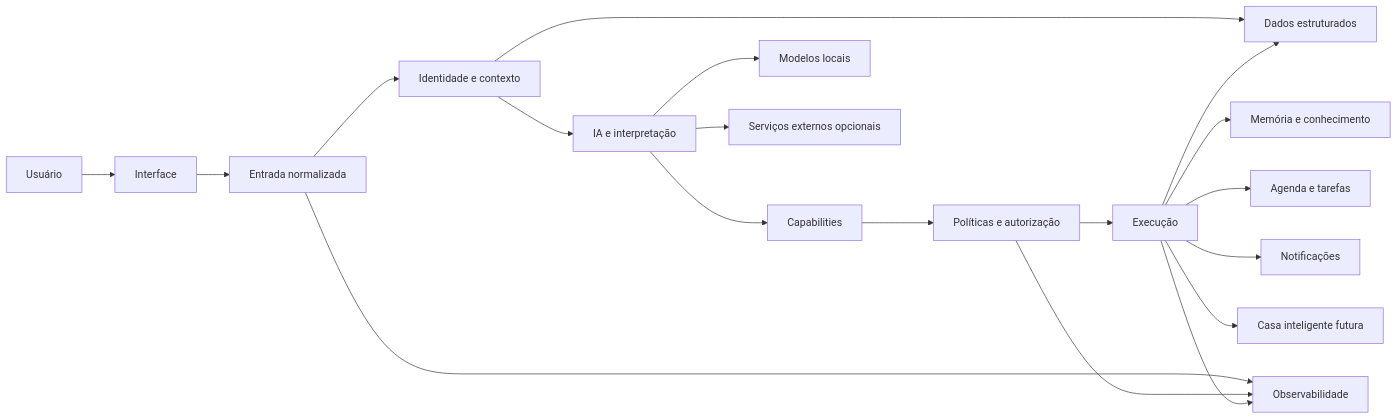
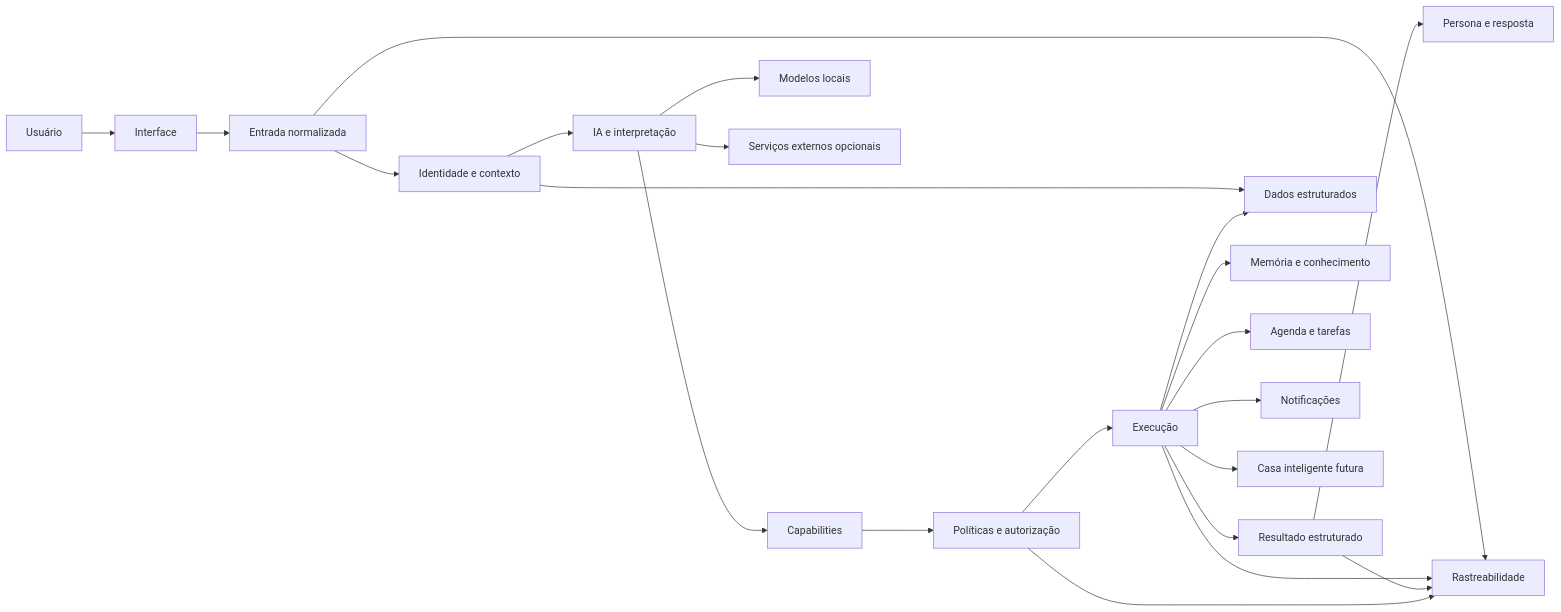
The diagram in docs/ARCHITECTURE.md (Pedro-Facundo/Runa), drawn with Mermaid before and after one commit. The commit also changed other lines of this file and 5 other files, not shown here.

````diff
--- a/docs/ARCHITECTURE.md
+++ b/docs/ARCHITECTURE.md
@@ -9,24 +9,27 @@
 ```mermaid
 flowchart LR
     U[Usuário] --> I[Interface]
     I --> N[Entrada normalizada]
     N --> C[Identidade e contexto]
     C --> AI[IA e interpretação]
     AI --> CAP[Capabilities]
     CAP --> POL[Políticas e autorização]
     POL --> AUTO[Execução]
+    AUTO --> RES[Resultado estruturado]
+    RES --> PER[Persona e resposta]
 
     C --> DATA[Dados estruturados]
     AUTO --> DATA
     AUTO --> MEM[Memória e conhecimento]
     AUTO --> CAL[Agenda e tarefas]
     AUTO --> MSG[Notificações]
     AUTO --> HOME[Casa inteligente futura]
 
     AI --> LOCAL[Modelos locais]
     AI --> EXT[Serviços externos opcionais]
 
-    N --> OBS[Observabilidade]
+    N --> OBS[Rastreabilidade]
+    AUTO --> OBS
+    RES --> OBS
     POL --> OBS
-    AUTO --> OBS
 ```
````
